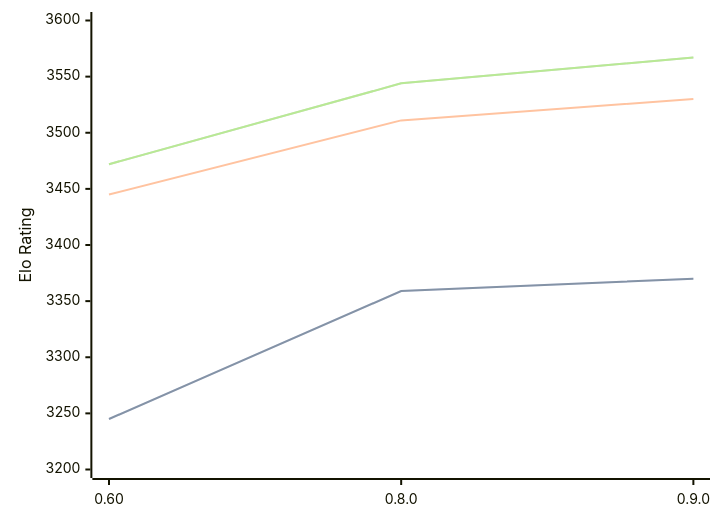
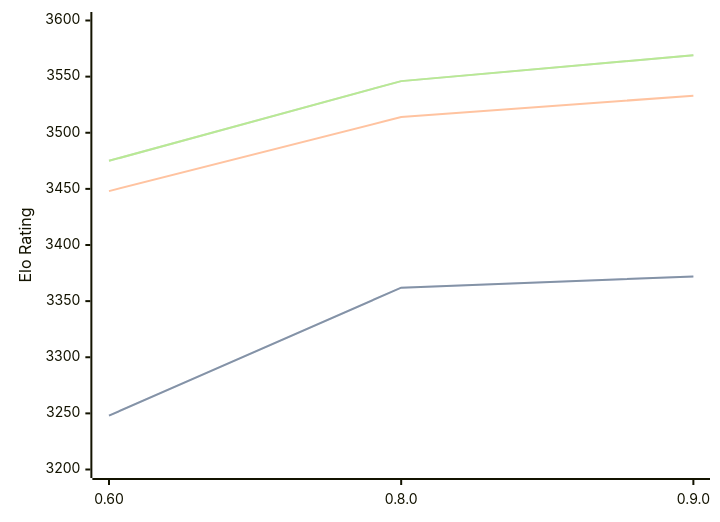
Before and after one commit to computer-chess-index/cci: the diagram in engines/Motor.md, drawn with Mermaid. The commit also changed other lines of this file, not shown here.

Commit message:
Update CCI Ratings (ELO VLTC) - 2026-02-20

````diff
--- a/engines/Motor.md
+++ b/engines/Motor.md
@@ -36,11 +36,11 @@
 ```mermaid
 %%{init: {"theme":"base","themeVariables":{"seriesColors:['#a3a3a3','#222221','#faa371']}}}%%
 xychart-beta
   x-axis ["0.60", "0.8.0", "0.9.0"]
   y-axis "Elo Rating" 3200 --> 3600
-  line "STC (8.0+0.08s)" [3245, 3359, 3370]
-  line "STC (8.0+0.08s)" [3245, 3359, 3370]
-  line "LTC (60.0+0.60s)" [3445, 3511, 3530]
-  line "VLTC (2m24s+1.12s)" [3472, 3544, 3567]
-  line "VLTC (2m24s+1.12s)" [3472, 3544, 3567]
+  line "STC (8.0+0.08s)" [3248, 3362, 3372]
+  line "STC (8.0+0.08s)" [3248, 3362, 3372]
+  line "LTC (60.0+0.60s)" [3448, 3514, 3533]
+  line "VLTC (2m24s+1.12s)" [3475, 3546, 3569]
+  line "VLTC (2m24s+1.12s)" [3475, 3546, 3569]
 ```
````
